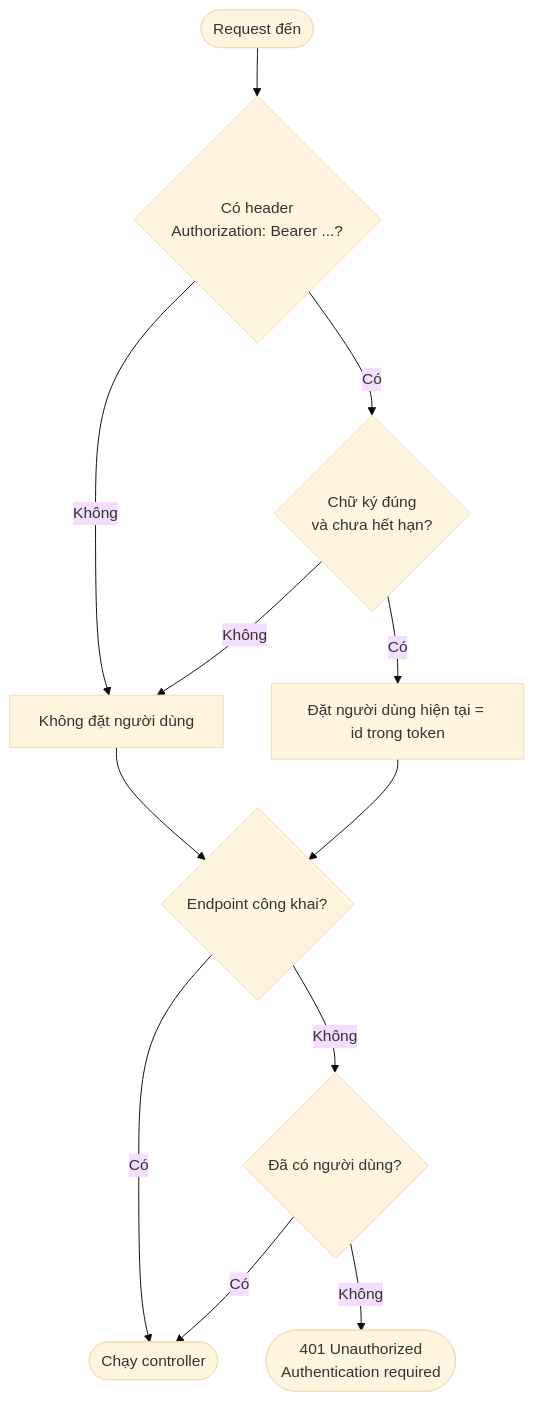
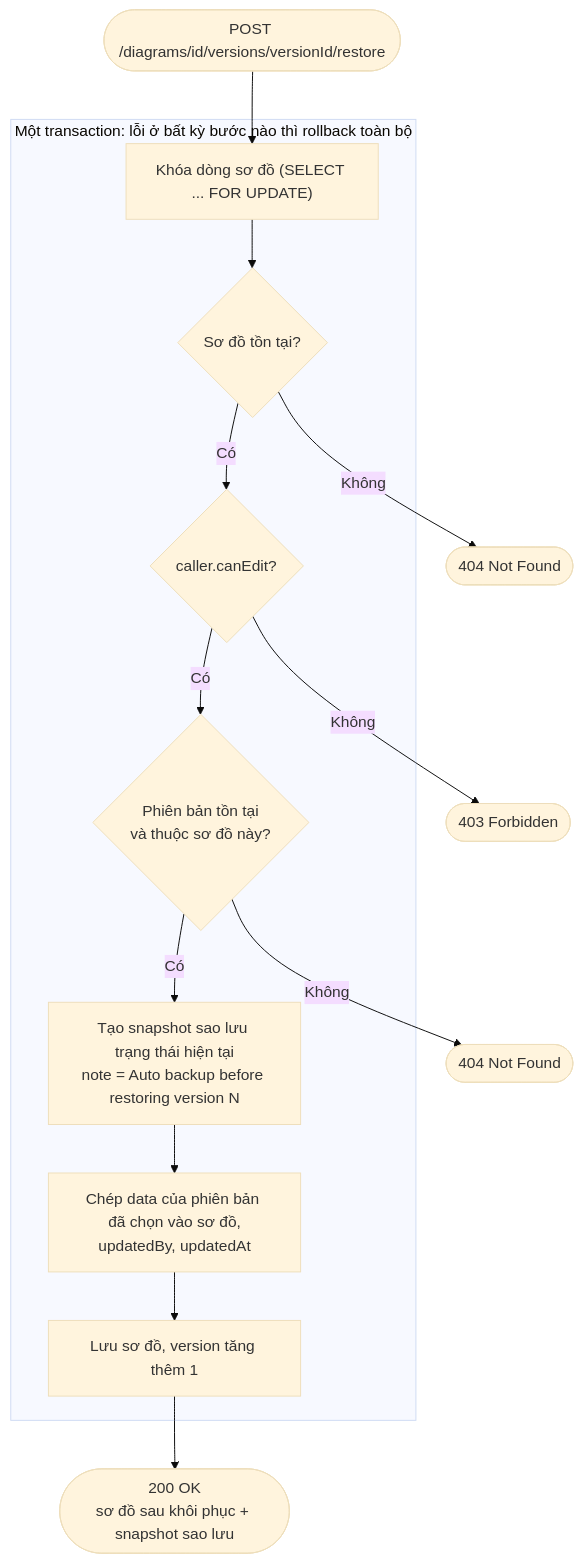
One commit to Phamminh161005/CourseHub changed the sixth of 7 diagrams in docs/luong-nghiep-vu.md. Above: the diagram before and after it, drawn with Mermaid (base theme). The commit also changed other lines of this file and 4 other files, not shown here.

````diff
--- a/docs/luong-nghiep-vu.md
+++ b/docs/luong-nghiep-vu.md
@@ -101,14 +163,18 @@
 ```mermaid
 flowchart TD
-    A(["Request đến"]) --> B{"Có header<br/>Authorization: Bearer ...?"}
-    B -- Không --> E["Không đặt người dùng"]
-    B -- Có --> C{"Chữ ký đúng<br/>và chưa hết hạn?"}
-    C -- Không --> E
-    C -- Có --> D["Đặt người dùng hiện tại = id trong token"]
-    D --> F{"Endpoint công khai?"}
-    E --> F
-    F -- Có --> OK(["Chạy controller"])
-    F -- Không --> G{"Đã có người dùng?"}
-    G -- Có --> OK
-    G -- Không --> E401(["401 Unauthorized<br/>Authentication required"])
+    A(["POST /diagrams/id/versions/versionId/restore"]) --> L
+    subgraph TX ["Một transaction: lỗi ở bất kỳ bước nào thì rollback toàn bộ"]
+        L["Khóa dòng sơ đồ (SELECT ... FOR UPDATE)"] --> C{"Sơ đồ tồn tại?"}
+        D{"caller.canEdit?"}
+        F{"Phiên bản tồn tại<br/>và thuộc sơ đồ này?"}
+        B["Tạo snapshot sao lưu trạng thái hiện tại<br/>note = Auto backup before restoring version N"] --> G["Chép data của phiên bản đã chọn vào sơ đồ,<br/>updatedBy, updatedAt"]
+        G --> S["Lưu sơ đồ, version tăng thêm 1"]
+    end
+    C -- Không --> E404a(["404 Not Found"])
+    C -- Có --> D
+    D -- Không --> E403(["403 Forbidden"])
+    D -- Có --> F
+    F -- Không --> E404b(["404 Not Found"])
+    F -- Có --> B
+    S --> OK(["200 OK<br/>sơ đồ sau khôi phục + snapshot sao lưu"])
 ```
````
